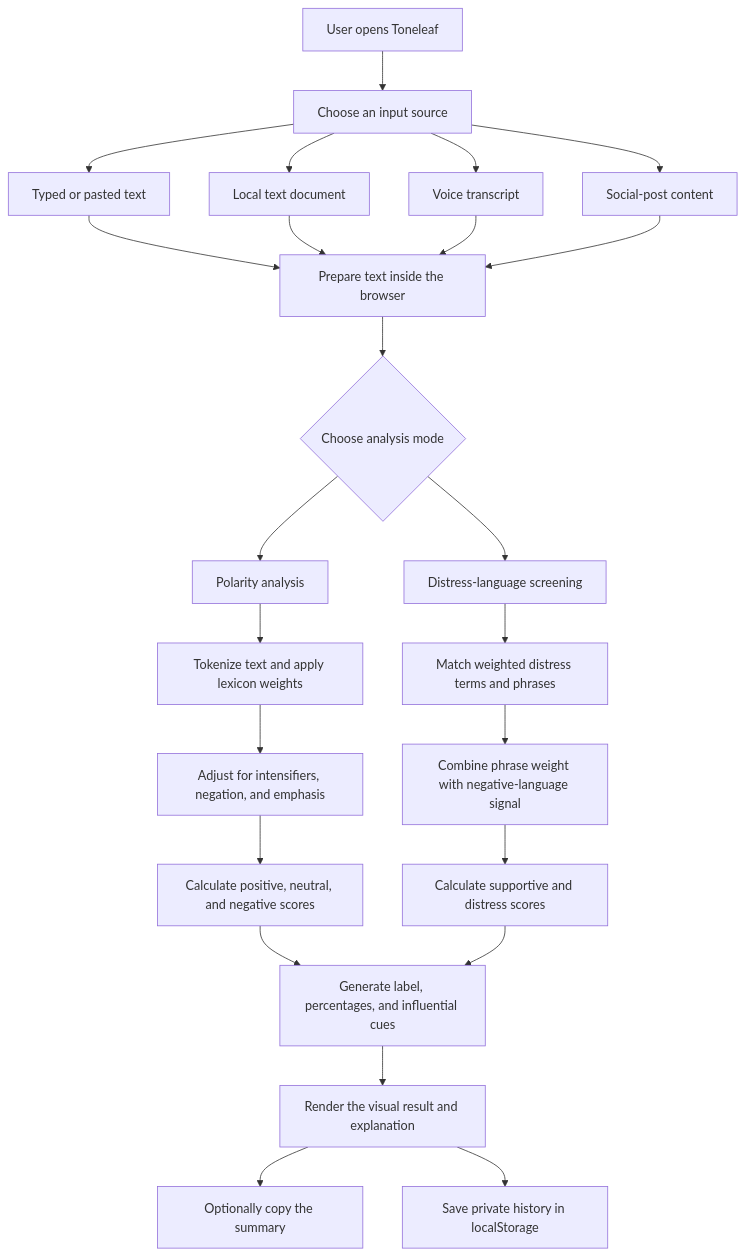
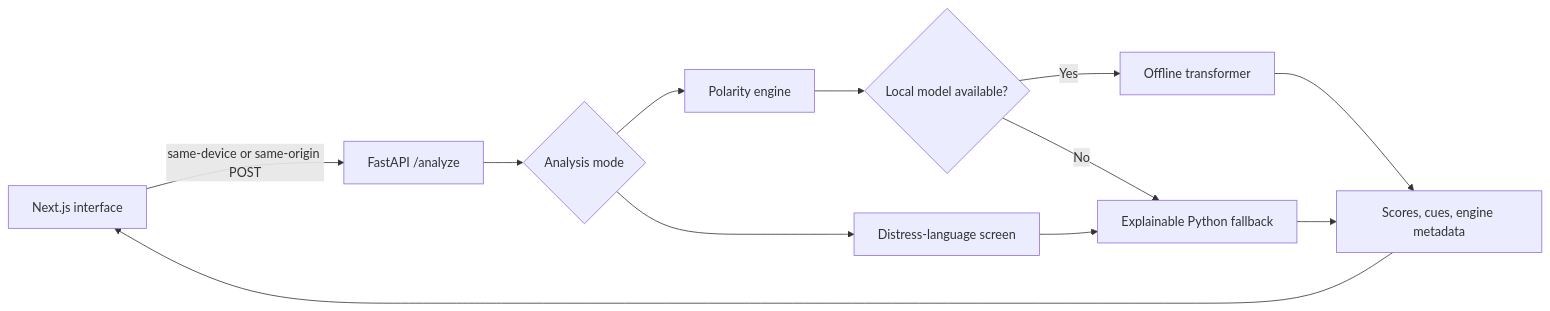
One commit to SaiGrover/ToneLeaf changed the diagram in README.md. Above: the diagram before and after it, drawn with Mermaid. The commit also changed other lines of this file and 24 other files, not shown here.

Commit message:
Add private Python NLP engine and deployment setup

````diff
--- a/README.md
+++ b/README.md
@@ -60,31 +34,14 @@
 ```mermaid
-flowchart TD
-    A["User opens Toneleaf"] --> B["Choose an input source"]
-    B --> C["Typed or pasted text"]
-    B --> D["Local text document"]
-    B --> E["Voice transcript"]
-    B --> F["Social-post content"]
-
-    C --> G["Prepare text inside the browser"]
-    D --> G
-    E --> G
-    F --> G
-
-    G --> H{"Choose analysis mode"}
-    H --> I["Polarity analysis"]
-    H --> J["Distress-language screening"]
-
-    I --> K["Tokenize text and apply lexicon weights"]
-    K --> L["Adjust for intensifiers, negation, and emphasis"]
-    L --> M["Calculate positive, neutral, and negative scores"]
-
-    J --> N["Match weighted distress terms and phrases"]
-    N --> O["Combine phrase weight with negative-language signal"]
-    O --> P["Calculate supportive and distress scores"]
-
-    M --> Q["Generate label, percentages, and influential cues"]
-    P --> Q
-    Q --> R["Render the visual result and explanation"]
-    R --> S["Optionally copy the summary"]
-    R --> T["Save private history in localStorage"]
+flowchart LR
+    A["Next.js interface"] -->|"same-device or same-origin POST"| B["FastAPI /analyze"]
+    B --> C{"Analysis mode"}
+    C --> D["Polarity engine"]
+    C --> E["Distress-language screen"]
+    D --> F{"Local model available?"}
+    F -->|"Yes"| G["Offline transformer"]
+    F -->|"No"| H["Explainable Python fallback"]
+    E --> H
+    G --> I["Scores, cues, engine metadata"]
+    H --> I
+    I --> A
 ```
````
